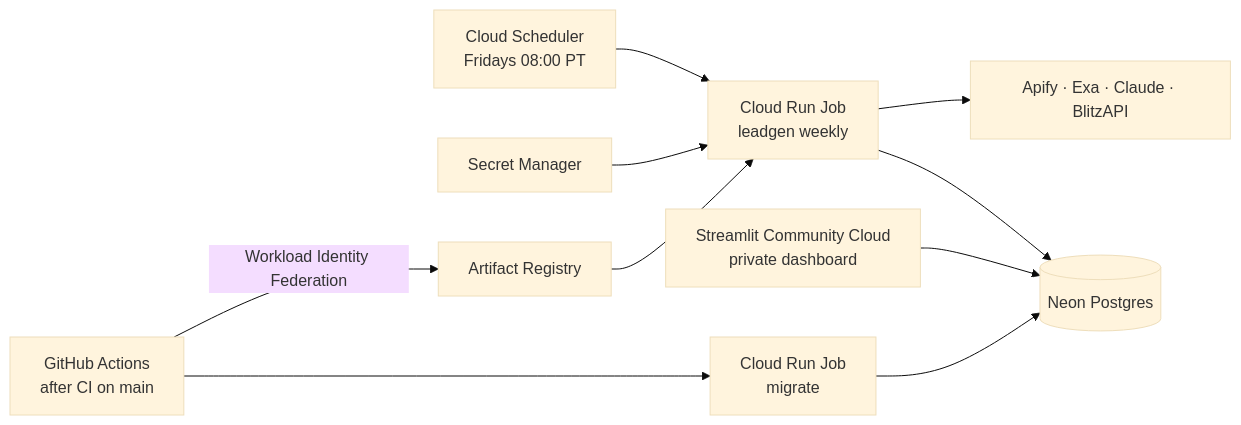
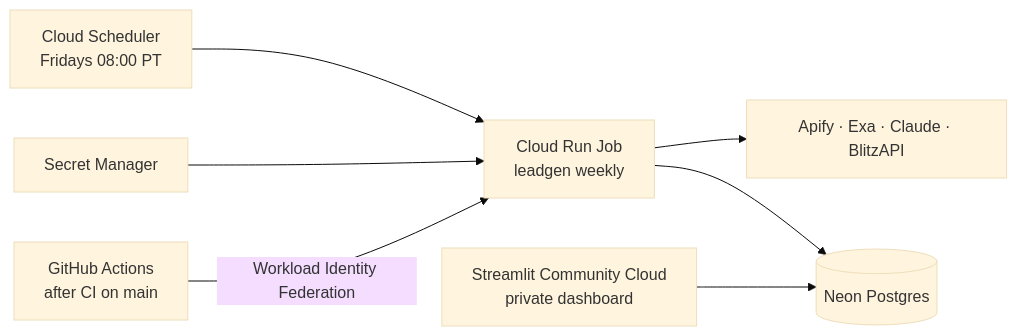
The second of 2 diagrams in README.md (austinsolomon/applied_AI_portfolio), drawn with Mermaid (base theme) before and after one commit. The commit also changed other lines of this file and 5 other files, not shown here.

````diff
--- a/README.md
+++ b/README.md
@@ -57,11 +91,9 @@
 ```mermaid
 flowchart LR
     CS[Cloud Scheduler<br/>Fridays 08:00 PT] --> CR[Cloud Run Job<br/>leadgen weekly]
     SM[Secret Manager] --> CR
     CR --> API[Apify · Exa · Claude · BlitzAPI]
     CR --> DB[(Neon Postgres)]
     ST[Streamlit Community Cloud<br/>private dashboard] --> DB
-    GH[GitHub Actions<br/>after CI on main] -->|Workload Identity Federation| AR[Artifact Registry]
-    AR --> CR
-    GH --> MG[Cloud Run Job<br/>migrate] --> DB
+    GH[GitHub Actions<br/>after CI on main] -->|Workload Identity Federation| CR
 ```
````
